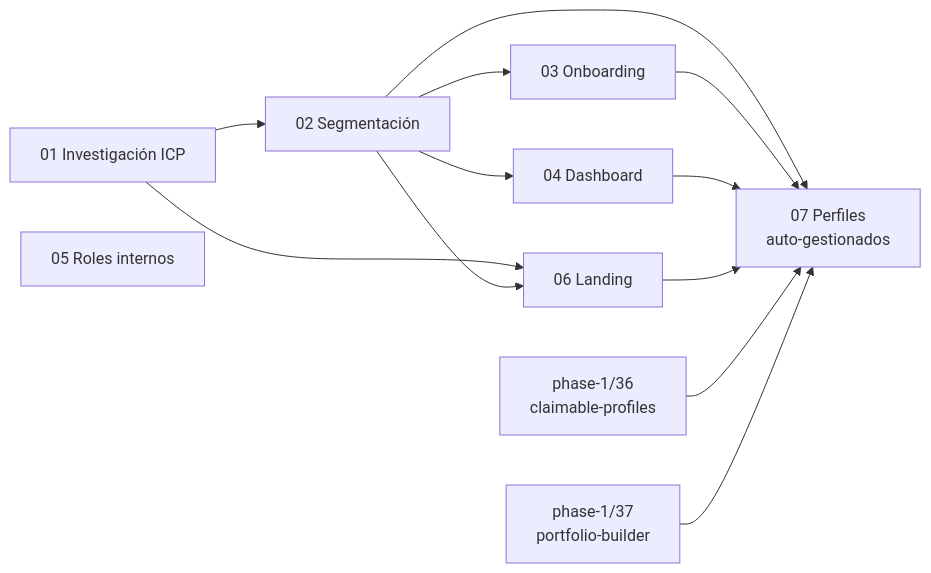
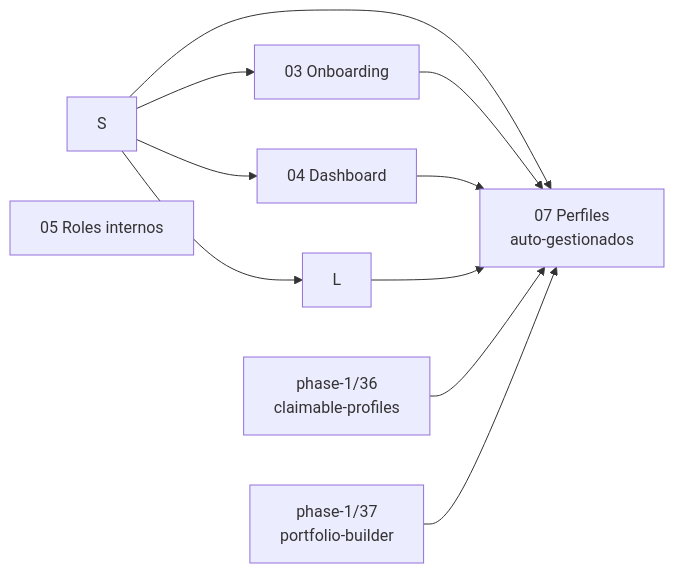
The diagram in plans/phase-2/README.md (eddremonts86/builderhunt), drawn with Mermaid before and after one commit. The commit also changed other lines of this file and 76 other files, not shown here.

````diff
--- a/plans/phase-2/README.md
+++ b/plans/phase-2/README.md
@@ -58,15 +58,13 @@
 ```mermaid
 flowchart LR
-  R["01 Investigación ICP"] --> S["02 Segmentación"]
   S --> O["03 Onboarding"]
   S --> D["04 Dashboard"]
-  R --> L["06 Landing"]
   S --> L
   P["05 Roles internos"]
   S --> SP["07 Perfiles<br/>auto-gestionados"]
   O --> SP
   D --> SP
   L --> SP
   P1_36["phase-1/36<br/>claimable-profiles"] --> SP
   P1_37["phase-1/37<br/>portfolio-builder"] --> SP
 ```
````
